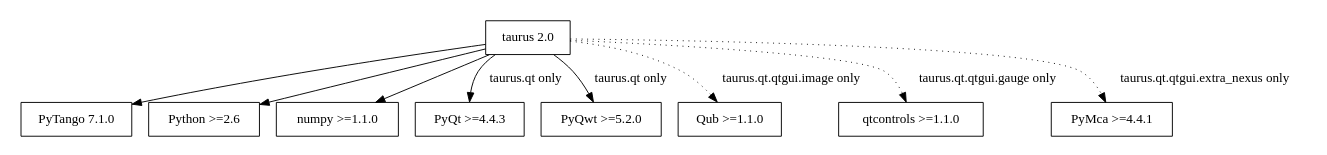
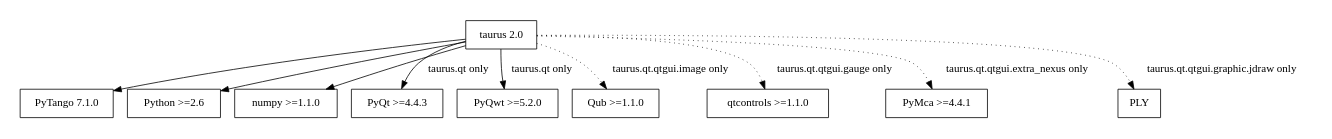
One commit to taurus-org/taurus changed the diagram in doc/source/users/getting_started.rst. Above: the diagram before and after it, drawn with Graphviz. The commit also changed other lines of this file and 1 other file, not shown here.

```diff
--- a/doc/source/users/getting_started.rst
+++ b/doc/source/users/getting_started.rst
@@ -43,23 +75,25 @@
 .. graphviz::
 
     digraph dependencies {
         size="8,3";
         Taurus      [shape=box,label="taurus 2.0"];
         PyTango     [shape=box,label="PyTango 7.1.0"];
         Python      [shape=box,label="Python >=2.6"];
         numpy       [shape=box,label="numpy >=1.1.0"];
         PyQt        [shape=box,label="PyQt >=4.4.3"];
         PyQwt       [shape=box,label="PyQwt >=5.2.0"];
         Qub         [shape=box,label="Qub >=1.1.0"];
         qtcontrols  [shape=box,label="qtcontrols >=1.1.0"];
         PyMca       [shape=box,label="PyMca >=4.4.1"];
+        ply         [shape=box,label="PLY"];
         
         Taurus -> Python;
         Taurus -> PyTango;
         Taurus -> PyQt         [label="taurus.qt only"];
         Taurus -> PyQwt        [label="taurus.qt only"];
         Taurus -> Qub          [style=dotted, label="taurus.qt.qtgui.image only"];
         Taurus -> qtcontrols   [style=dotted, label="taurus.qt.qtgui.gauge only"];
         Taurus -> PyMca        [style=dotted, label="taurus.qt.qtgui.extra_nexus only"];
+        Taurus -> ply          [style=dotted, label="taurus.qt.qtgui.graphic.jdraw only"];
         Taurus -> numpy;
     } 
```
